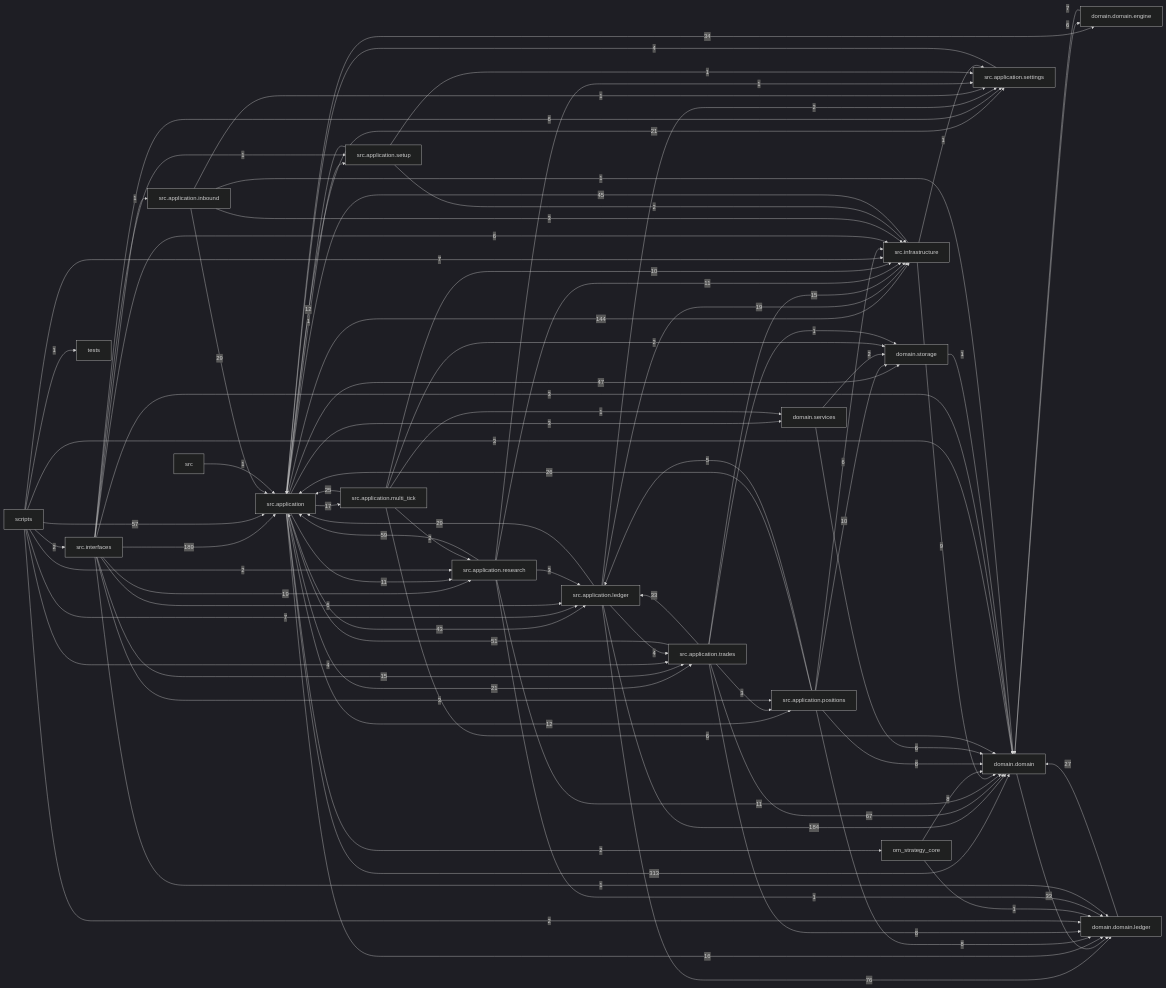
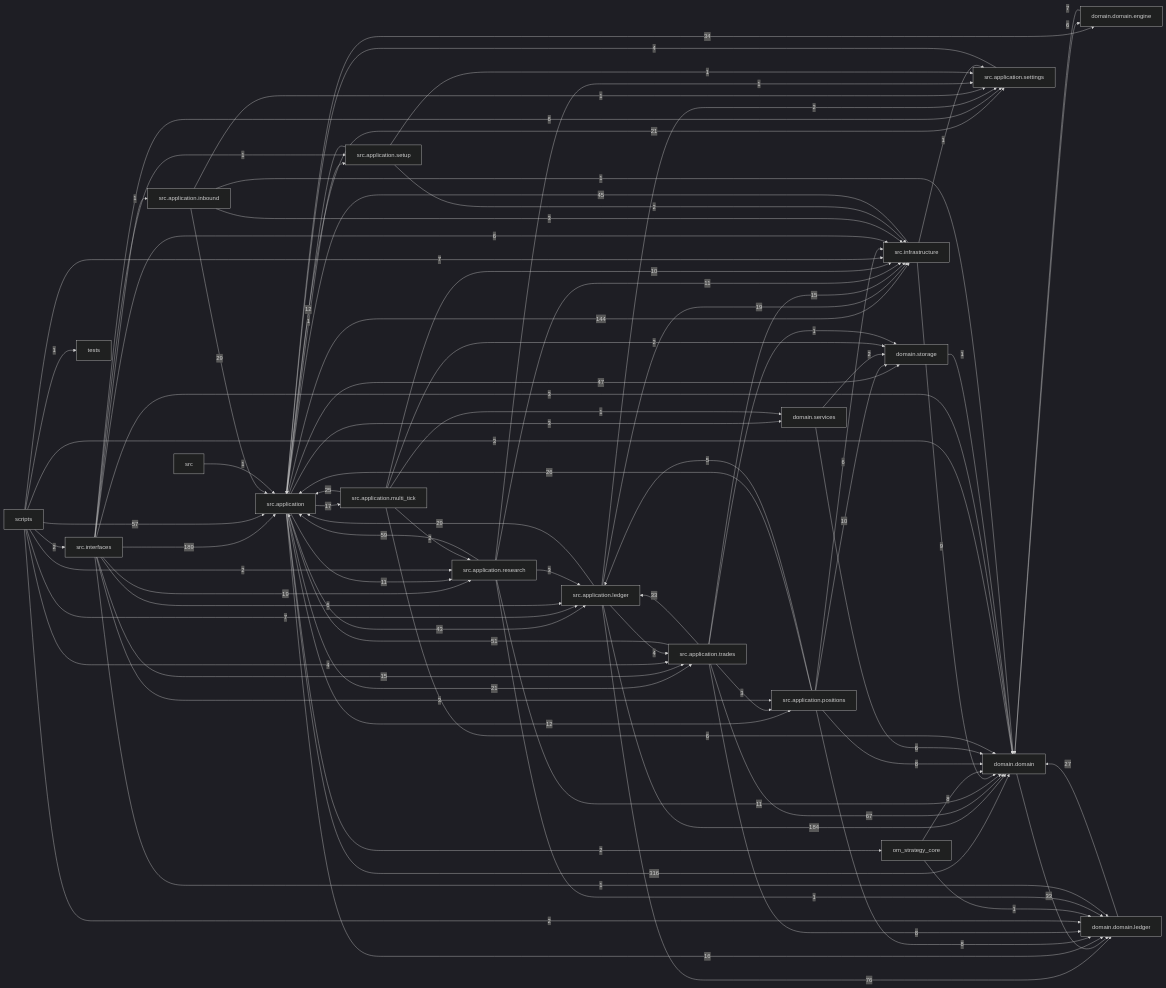
Before and after one commit to liuxie066/options-monitor: the diagram in docs/dependency_graph.mmd, drawn with Mermaid (dark theme). The commit also changed 34 other files, not shown here.

```diff
--- a/docs/dependency_graph.mmd
+++ b/docs/dependency_graph.mmd
@@ -1,87 +1,87 @@
 flowchart LR
-  src_application["src.application"] -->|313| domain_domain["domain.domain"]
+  src_application["src.application"] -->|316| domain_domain["domain.domain"]
   src_interfaces["src.interfaces"] -->|189| src_application["src.application"]
   src_application_ledger["src.application.ledger"] -->|184| domain_domain["domain.domain"]
   src_application["src.application"] -->|144| src_infrastructure["src.infrastructure"]
   src_application_ledger["src.application.ledger"] -->|76| domain_domain_ledger["domain.domain.ledger"]
   src_application_trades["src.application.trades"] -->|67| domain_domain["domain.domain"]
   src_application_research["src.application.research"] -->|59| src_application["src.application"]
   scripts["scripts"] -->|57| src_application["src.application"]
   src_application_trades["src.application.trades"] -->|51| src_application["src.application"]
   src_application["src.application"] -->|47| domain_storage["domain.storage"]
   src_infrastructure["src.infrastructure"] -->|45| src_application["src.application"]
   src_application["src.application"] -->|43| src_application_ledger["src.application.ledger"]
   src_application["src.application"] -->|34| domain_domain_engine["domain.domain.engine"]
   domain_domain["domain.domain"] -->|33| domain_domain_ledger["domain.domain.ledger"]
   src_application_trades["src.application.trades"] -->|33| src_application_ledger["src.application.ledger"]
   src_application_inbound["src.application.inbound"] -->|29| src_application["src.application"]
   src_application_ledger["src.application.ledger"] -->|29| src_application["src.application"]
   domain_domain_ledger["domain.domain.ledger"] -->|27| domain_domain["domain.domain"]
   src_application_positions["src.application.positions"] -->|26| src_application["src.application"]
   src_application_multi_tick["src.application.multi_tick"] -->|25| src_application["src.application"]
   src_application["src.application"] -->|21| src_application_settings["src.application.settings"]
   src_application["src.application"] -->|21| src_application_trades["src.application.trades"]
   src_application_ledger["src.application.ledger"] -->|19| src_infrastructure["src.infrastructure"]
   src_interfaces["src.interfaces"] -->|19| src_application_research["src.application.research"]
   src_application["src.application"] -->|17| src_application_multi_tick["src.application.multi_tick"]
   src_application["src.application"] -->|16| domain_domain_ledger["domain.domain.ledger"]
   src_application_trades["src.application.trades"] -->|15| src_infrastructure["src.infrastructure"]
   src_interfaces["src.interfaces"] -->|15| src_application_trades["src.application.trades"]
   src_application["src.application"] -->|12| src_application_positions["src.application.positions"]
   src_application_setup["src.application.setup"] -->|12| src_application["src.application"]
   src_application["src.application"] -->|11| src_application_research["src.application.research"]
   src_application_research["src.application.research"] -->|11| domain_domain["domain.domain"]
   src_application_research["src.application.research"] -->|11| src_infrastructure["src.infrastructure"]
   src_application_multi_tick["src.application.multi_tick"] -->|10| src_infrastructure["src.infrastructure"]
   src_application_positions["src.application.positions"] -->|10| domain_storage["domain.storage"]
   src_infrastructure["src.infrastructure"] -->|9| domain_domain["domain.domain"]
   om_strategy_core["om_strategy_core"] -->|8| domain_domain["domain.domain"]
   src_application_positions["src.application.positions"] -->|8| domain_domain["domain.domain"]
   src_application_positions["src.application.positions"] -->|8| domain_domain_ledger["domain.domain.ledger"]
   src_application_trades["src.application.trades"] -->|8| domain_domain_ledger["domain.domain.ledger"]
   domain_domain_engine["domain.domain.engine"] -->|7| domain_domain["domain.domain"]
   scripts["scripts"] -->|7| src_application_ledger["src.application.ledger"]
   scripts["scripts"] -->|7| src_infrastructure["src.infrastructure"]
   domain_domain["domain.domain"] -->|6| domain_domain_engine["domain.domain.engine"]
   domain_services["domain.services"] -->|6| domain_domain["domain.domain"]
   src_application_multi_tick["src.application.multi_tick"] -->|6| domain_domain["domain.domain"]
   src_application_positions["src.application.positions"] -->|6| src_infrastructure["src.infrastructure"]
   src_interfaces["src.interfaces"] -->|6| src_application_ledger["src.application.ledger"]
   src_interfaces["src.interfaces"] -->|6| src_application_settings["src.application.settings"]
   src_interfaces["src.interfaces"] -->|6| src_infrastructure["src.infrastructure"]
   src_application_positions["src.application.positions"] -->|5| src_application_ledger["src.application.ledger"]
   scripts["scripts"] -->|4| src_application_trades["src.application.trades"]
   src_application_ledger["src.application.ledger"] -->|4| src_application_trades["src.application.trades"]
   src_application_settings["src.application.settings"] -->|4| src_application["src.application"]
   scripts["scripts"] -->|3| domain_domain["domain.domain"]
   src_application["src.application"] -->|3| domain_services["domain.services"]
   src_application_inbound["src.application.inbound"] -->|3| src_infrastructure["src.infrastructure"]
   src_application_research["src.application.research"] -->|3| src_application_ledger["src.application.ledger"]
   src_application_trades["src.application.trades"] -->|3| src_application_positions["src.application.positions"]
   src_interfaces["src.interfaces"] -->|3| domain_domain["domain.domain"]
   src_interfaces["src.interfaces"] -->|3| src_application_positions["src.application.positions"]
   domain_services["domain.services"] -->|2| domain_storage["domain.storage"]
   scripts["scripts"] -->|2| domain_domain_ledger["domain.domain.ledger"]
   scripts["scripts"] -->|2| src_application_research["src.application.research"]
   scripts["scripts"] -->|2| src_interfaces["src.interfaces"]
   src_application["src.application"] -->|2| om_strategy_core["om_strategy_core"]
   src_application_ledger["src.application.ledger"] -->|2| src_application_settings["src.application.settings"]
   src_application_multi_tick["src.application.multi_tick"] -->|2| domain_storage["domain.storage"]
   src_application_multi_tick["src.application.multi_tick"] -->|2| src_application_research["src.application.research"]
   src_application_setup["src.application.setup"] -->|2| src_infrastructure["src.infrastructure"]
   domain_storage["domain.storage"] -->|1| domain_domain["domain.domain"]
   om_strategy_core["om_strategy_core"] -->|1| domain_domain_ledger["domain.domain.ledger"]
   scripts["scripts"] -->|1| tests["tests"]
   src["src"] -->|1| src_application["src.application"]
   src_application["src.application"] -->|1| src_application_setup["src.application.setup"]
   src_application_inbound["src.application.inbound"] -->|1| domain_domain["domain.domain"]
   src_application_inbound["src.application.inbound"] -->|1| src_application_settings["src.application.settings"]
   src_application_multi_tick["src.application.multi_tick"] -->|1| domain_services["domain.services"]
   src_application_research["src.application.research"] -->|1| domain_domain_ledger["domain.domain.ledger"]
   src_application_research["src.application.research"] -->|1| src_application_settings["src.application.settings"]
   src_application_setup["src.application.setup"] -->|1| src_application_settings["src.application.settings"]
   src_application_trades["src.application.trades"] -->|1| domain_storage["domain.storage"]
   src_infrastructure["src.infrastructure"] -->|1| src_application_settings["src.application.settings"]
   src_interfaces["src.interfaces"] -->|1| domain_domain_ledger["domain.domain.ledger"]
   src_interfaces["src.interfaces"] -->|1| src_application_inbound["src.application.inbound"]
   src_interfaces["src.interfaces"] -->|1| src_application_setup["src.application.setup"]
```
